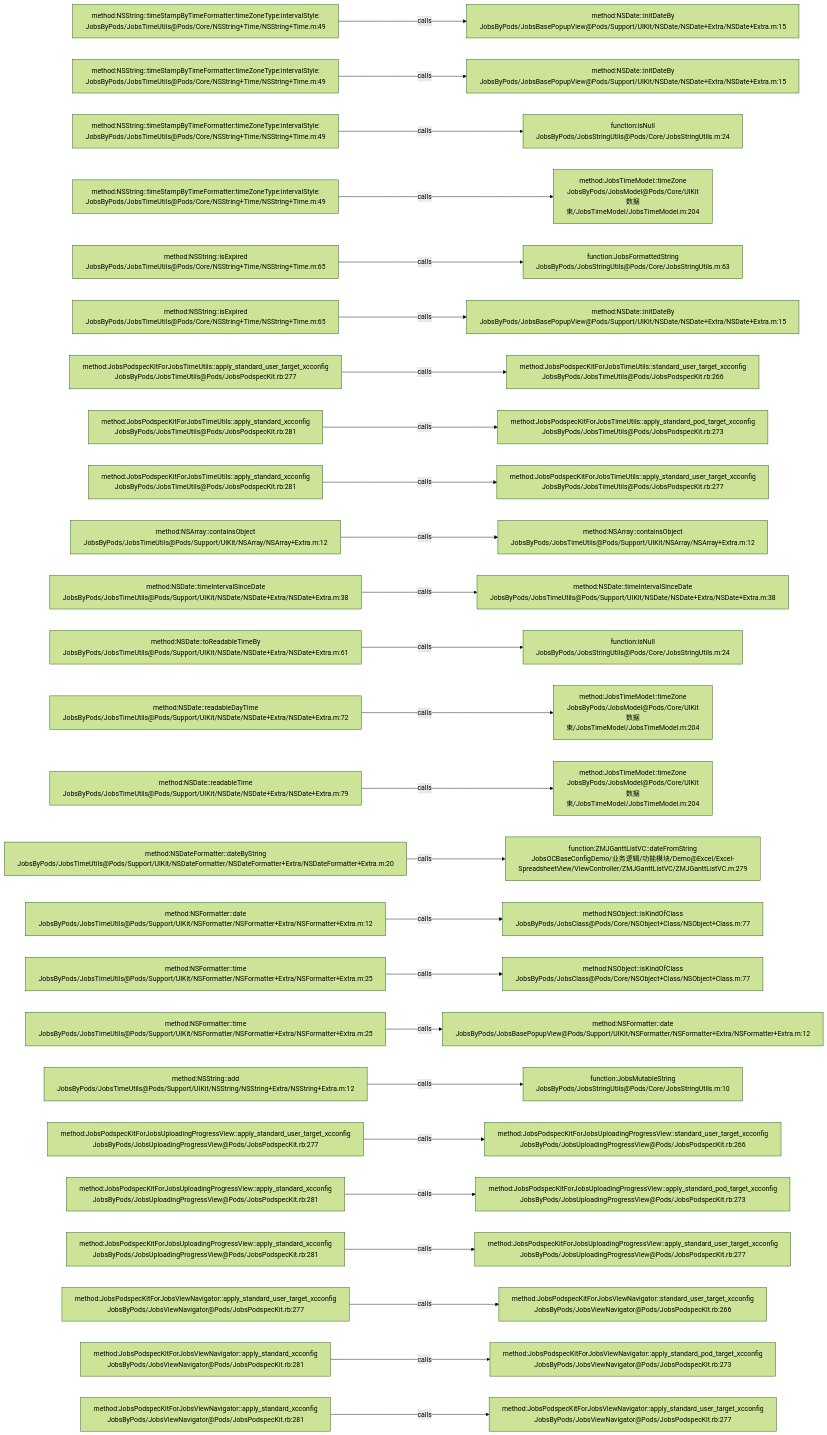
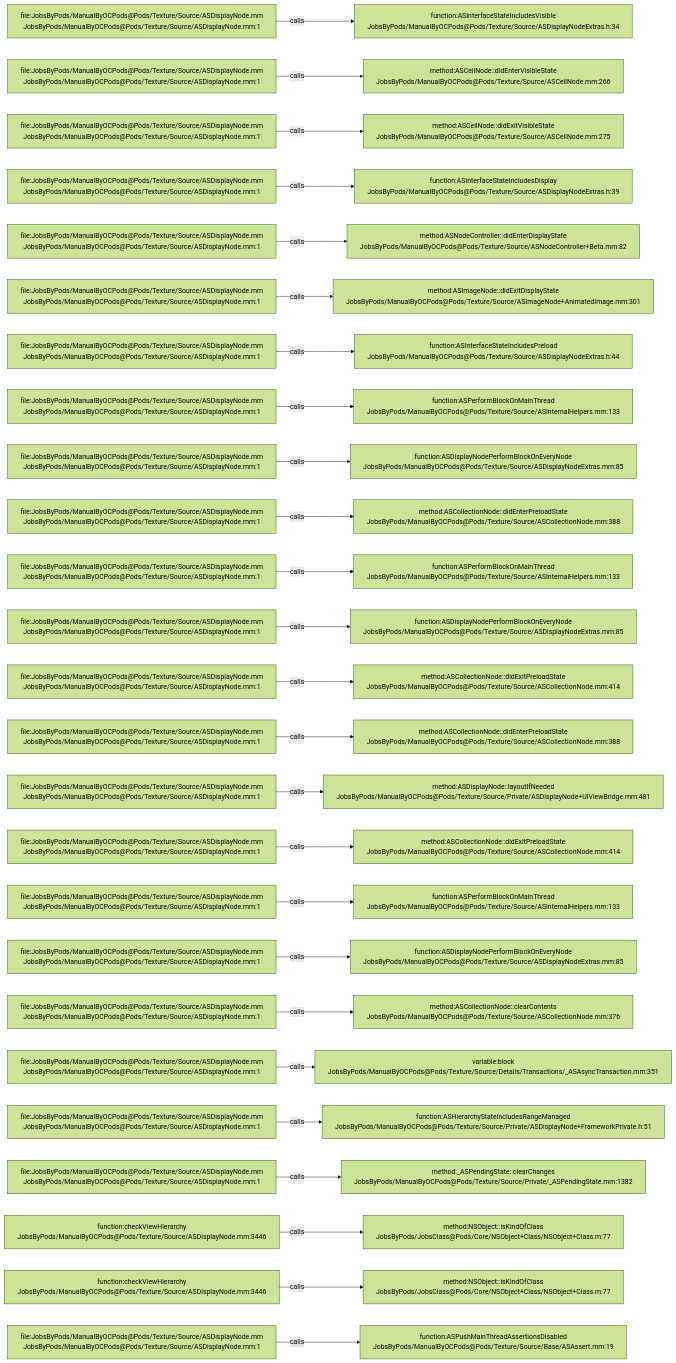
The diagram in .codegraph/codegraph.md/graphs/calls-111.md (JobsKits/JobsOCBaseConfigDemo), drawn with Mermaid (forest theme) before and after one commit. The commit also changed 2162 other files, not shown here.

````diff
--- a/.codegraph/codegraph.md/graphs/calls-111.md
+++ b/.codegraph/codegraph.md/graphs/calls-111.md
@@ -13,78 +13,78 @@
 ```mermaid
 flowchart LR
-  S1["method:NSString::timeStampByTimeFormatter:timeZoneType:intervalStyle:<br/>JobsByPods/JobsTimeUtils@Pods/Core/NSString+Time/NSString+Time.m:49"]
-  T1["method:NSDate::initDateBy<br/>JobsByPods/JobsBasePopupView@Pods/Support/UIKit/NSDate/NSDate+Extra/NSDate+Extra.m:15"]
+  S1["file:JobsByPods/ManualByOCPods@Pods/Texture/Source/ASDisplayNode.mm<br/>JobsByPods/ManualByOCPods@Pods/Texture/Source/ASDisplayNode.mm:1"]
+  T1["function:ASInterfaceStateIncludesVisible<br/>JobsByPods/ManualByOCPods@Pods/Texture/Source/ASDisplayNodeExtras.h:34"]
   S1 -->|calls| T1
-  S2["method:NSString::timeStampByTimeFormatter:timeZoneType:intervalStyle:<br/>JobsByPods/JobsTimeUtils@Pods/Core/NSString+Time/NSString+Time.m:49"]
-  T2["method:NSDate::initDateBy<br/>JobsByPods/JobsBasePopupView@Pods/Support/UIKit/NSDate/NSDate+Extra/NSDate+Extra.m:15"]
+  S2["file:JobsByPods/ManualByOCPods@Pods/Texture/Source/ASDisplayNode.mm<br/>JobsByPods/ManualByOCPods@Pods/Texture/Source/ASDisplayNode.mm:1"]
+  T2["method:ASCellNode::didEnterVisibleState<br/>JobsByPods/ManualByOCPods@Pods/Texture/Source/ASCellNode.mm:266"]
   S2 -->|calls| T2
-  S3["method:NSString::timeStampByTimeFormatter:timeZoneType:intervalStyle:<br/>JobsByPods/JobsTimeUtils@Pods/Core/NSString+Time/NSString+Time.m:49"]
-  T3["function:isNull<br/>JobsByPods/JobsStringUtils@Pods/Core/JobsStringUtils.m:24"]
+  S3["file:JobsByPods/ManualByOCPods@Pods/Texture/Source/ASDisplayNode.mm<br/>JobsByPods/ManualByOCPods@Pods/Texture/Source/ASDisplayNode.mm:1"]
+  T3["method:ASCellNode::didExitVisibleState<br/>JobsByPods/ManualByOCPods@Pods/Texture/Source/ASCellNode.mm:275"]
   S3 -->|calls| T3
-  S4["method:NSString::timeStampByTimeFormatter:timeZoneType:intervalStyle:<br/>JobsByPods/JobsTimeUtils@Pods/Core/NSString+Time/NSString+Time.m:49"]
-  T4["method:JobsTimeModel::timeZone<br/>JobsByPods/JobsModel@Pods/Core/UIKit数据束/JobsTimeModel/JobsTimeModel.m:204"]
+  S4["file:JobsByPods/ManualByOCPods@Pods/Texture/Source/ASDisplayNode.mm<br/>JobsByPods/ManualByOCPods@Pods/Texture/Source/ASDisplayNode.mm:1"]
+  T4["function:ASInterfaceStateIncludesDisplay<br/>JobsByPods/ManualByOCPods@Pods/Texture/Source/ASDisplayNodeExtras.h:39"]
   S4 -->|calls| T4
-  S5["method:NSString::isExpired<br/>JobsByPods/JobsTimeUtils@Pods/Core/NSString+Time/NSString+Time.m:65"]
-  T5["function:JobsFormattedString<br/>JobsByPods/JobsStringUtils@Pods/Core/JobsStringUtils.m:63"]
+  S5["file:JobsByPods/ManualByOCPods@Pods/Texture/Source/ASDisplayNode.mm<br/>JobsByPods/ManualByOCPods@Pods/Texture/Source/ASDisplayNode.mm:1"]
+  T5["method:ASNodeController::didEnterDisplayState<br/>JobsByPods/ManualByOCPods@Pods/Texture/Source/ASNodeController+Beta.mm:82"]
   S5 -->|calls| T5
-  S6["method:NSString::isExpired<br/>JobsByPods/JobsTimeUtils@Pods/Core/NSString+Time/NSString+Time.m:65"]
-  T6["method:NSDate::initDateBy<br/>JobsByPods/JobsBasePopupView@Pods/Support/UIKit/NSDate/NSDate+Extra/NSDate+Extra.m:15"]
+  S6["file:JobsByPods/ManualByOCPods@Pods/Texture/Source/ASDisplayNode.mm<br/>JobsByPods/ManualByOCPods@Pods/Texture/Source/ASDisplayNode.mm:1"]
+  T6["method:ASImageNode::didExitDisplayState<br/>JobsByPods/ManualByOCPods@Pods/Texture/Source/ASImageNode+AnimatedImage.mm:301"]
   S6 -->|calls| T6
-  S7["method:JobsPodspecKitForJobsTimeUtils::apply_standard_user_target_xcconfig<br/>JobsByPods/JobsTimeUtils@Pods/JobsPodspecKit.rb:277"]
-  T7["method:JobsPodspecKitForJobsTimeUtils::standard_user_target_xcconfig<br/>JobsByPods/JobsTimeUtils@Pods/JobsPodspecKit.rb:266"]
+  S7["file:JobsByPods/ManualByOCPods@Pods/Texture/Source/ASDisplayNode.mm<br/>JobsByPods/ManualByOCPods@Pods/Texture/Source/ASDisplayNode.mm:1"]
+  T7["function:ASInterfaceStateIncludesPreload<br/>JobsByPods/ManualByOCPods@Pods/Texture/Source/ASDisplayNodeExtras.h:44"]
   S7 -->|calls| T7
-  S8["method:JobsPodspecKitForJobsTimeUtils::apply_standard_xcconfig<br/>JobsByPods/JobsTimeUtils@Pods/JobsPodspecKit.rb:281"]
-  T8["method:JobsPodspecKitForJobsTimeUtils::apply_standard_pod_target_xcconfig<br/>JobsByPods/JobsTimeUtils@Pods/JobsPodspecKit.rb:273"]
+  S8["file:JobsByPods/ManualByOCPods@Pods/Texture/Source/ASDisplayNode.mm<br/>JobsByPods/ManualByOCPods@Pods/Texture/Source/ASDisplayNode.mm:1"]
+  T8["function:ASPerformBlockOnMainThread<br/>JobsByPods/ManualByOCPods@Pods/Texture/Source/ASInternalHelpers.mm:133"]
   S8 -->|calls| T8
-  S9["method:JobsPodspecKitForJobsTimeUtils::apply_standard_xcconfig<br/>JobsByPods/JobsTimeUtils@Pods/JobsPodspecKit.rb:281"]
-  T9["method:JobsPodspecKitForJobsTimeUtils::apply_standard_user_target_xcconfig<br/>JobsByPods/JobsTimeUtils@Pods/JobsPodspecKit.rb:277"]
+  S9["file:JobsByPods/ManualByOCPods@Pods/Texture/Source/ASDisplayNode.mm<br/>JobsByPods/ManualByOCPods@Pods/Texture/Source/ASDisplayNode.mm:1"]
+  T9["function:ASDisplayNodePerformBlockOnEveryNode<br/>JobsByPods/ManualByOCPods@Pods/Texture/Source/ASDisplayNodeExtras.mm:85"]
   S9 -->|calls| T9
-  S10["method:NSArray::containsObject<br/>JobsByPods/JobsTimeUtils@Pods/Support/UIKit/NSArray/NSArray+Extra.m:12"]
-  T10["method:NSArray::containsObject<br/>JobsByPods/JobsTimeUtils@Pods/Support/UIKit/NSArray/NSArray+Extra.m:12"]
+  S10["file:JobsByPods/ManualByOCPods@Pods/Texture/Source/ASDisplayNode.mm<br/>JobsByPods/ManualByOCPods@Pods/Texture/Source/ASDisplayNode.mm:1"]
+  T10["method:ASCollectionNode::didEnterPreloadState<br/>JobsByPods/ManualByOCPods@Pods/Texture/Source/ASCollectionNode.mm:388"]
   S10 -->|calls| T10
-  S11["method:NSDate::timeIntervalSinceDate<br/>JobsByPods/JobsTimeUtils@Pods/Support/UIKit/NSDate/NSDate+Extra/NSDate+Extra.m:38"]
-  T11["method:NSDate::timeIntervalSinceDate<br/>JobsByPods/JobsTimeUtils@Pods/Support/UIKit/NSDate/NSDate+Extra/NSDate+Extra.m:38"]
+  S11["file:JobsByPods/ManualByOCPods@Pods/Texture/Source/ASDisplayNode.mm<br/>JobsByPods/ManualByOCPods@Pods/Texture/Source/ASDisplayNode.mm:1"]
+  T11["function:ASPerformBlockOnMainThread<br/>JobsByPods/ManualByOCPods@Pods/Texture/Source/ASInternalHelpers.mm:133"]
   S11 -->|calls| T11
-  S12["method:NSDate::toReadableTimeBy<br/>JobsByPods/JobsTimeUtils@Pods/Support/UIKit/NSDate/NSDate+Extra/NSDate+Extra.m:61"]
-  T12["function:isNull<br/>JobsByPods/JobsStringUtils@Pods/Core/JobsStringUtils.m:24"]
+  S12["file:JobsByPods/ManualByOCPods@Pods/Texture/Source/ASDisplayNode.mm<br/>JobsByPods/ManualByOCPods@Pods/Texture/Source/ASDisplayNode.mm:1"]
+  T12["function:ASDisplayNodePerformBlockOnEveryNode<br/>JobsByPods/ManualByOCPods@Pods/Texture/Source/ASDisplayNodeExtras.mm:85"]
   S12 -->|calls| T12
-  S13["method:NSDate::readableDayTime<br/>JobsByPods/JobsTimeUtils@Pods/Support/UIKit/NSDate/NSDate+Extra/NSDate+Extra.m:72"]
-  T13["method:JobsTimeModel::timeZone<br/>JobsByPods/JobsModel@Pods/Core/UIKit数据束/JobsTimeModel/JobsTimeModel.m:204"]
+  S13["file:JobsByPods/ManualByOCPods@Pods/Texture/Source/ASDisplayNode.mm<br/>JobsByPods/ManualByOCPods@Pods/Texture/Source/ASDisplayNode.mm:1"]
+  T13["method:ASCollectionNode::didExitPreloadState<br/>JobsByPods/ManualByOCPods@Pods/Texture/Source/ASCollectionNode.mm:414"]
   S13 -->|calls| T13
-  S14["method:NSDate::readableTime<br/>JobsByPods/JobsTimeUtils@Pods/Support/UIKit/NSDate/NSDate+Extra/NSDate+Extra.m:79"]
-  T14["method:JobsTimeModel::timeZone<br/>JobsByPods/JobsModel@Pods/Core/UIKit数据束/JobsTimeModel/JobsTimeModel.m:204"]
+  S14["file:JobsByPods/ManualByOCPods@Pods/Texture/Source/ASDisplayNode.mm<br/>JobsByPods/ManualByOCPods@Pods/Texture/Source/ASDisplayNode.mm:1"]
+  T14["method:ASCollectionNode::didEnterPreloadState<br/>JobsByPods/ManualByOCPods@Pods/Texture/Source/ASCollectionNode.mm:388"]
   S14 -->|calls| T14
-  S15["method:NSDateFormatter::dateByString<br/>JobsByPods/JobsTimeUtils@Pods/Support/UIKit/NSDateFormatter/NSDateFormatter+Extra/NSDateFormatter+Extra.m:20"]
-  T15["function:ZMJGanttListVC::dateFromString<br/>JobsOCBaseConfigDemo/业务逻辑/功能模块/Demo@Excel/Excel-SpreadsheetView/ViewController/ZMJGanttListVC/ZMJGanttListVC.m:279"]
+  S15["file:JobsByPods/ManualByOCPods@Pods/Texture/Source/ASDisplayNode.mm<br/>JobsByPods/ManualByOCPods@Pods/Texture/Source/ASDisplayNode.mm:1"]
+  T15["method:ASDisplayNode::layoutIfNeeded<br/>JobsByPods/ManualByOCPods@Pods/Texture/Source/Private/ASDisplayNode+UIViewBridge.mm:481"]
   S15 -->|calls| T15
-  S16["method:NSFormatter::date<br/>JobsByPods/JobsTimeUtils@Pods/Support/UIKit/NSFormatter/NSFormatter+Extra/NSFormatter+Extra.m:12"]
-  T16["method:NSObject::isKindOfClass<br/>JobsByPods/JobsClass@Pods/Core/NSObject+Class/NSObject+Class.m:77"]
+  S16["file:JobsByPods/ManualByOCPods@Pods/Texture/Source/ASDisplayNode.mm<br/>JobsByPods/ManualByOCPods@Pods/Texture/Source/ASDisplayNode.mm:1"]
+  T16["method:ASCollectionNode::didExitPreloadState<br/>JobsByPods/ManualByOCPods@Pods/Texture/Source/ASCollectionNode.mm:414"]
   S16 -->|calls| T16
-  S17["method:NSFormatter::time<br/>JobsByPods/JobsTimeUtils@Pods/Support/UIKit/NSFormatter/NSFormatter+Extra/NSFormatter+Extra.m:25"]
-  T17["method:NSObject::isKindOfClass<br/>JobsByPods/JobsClass@Pods/Core/NSObject+Class/NSObject+Class.m:77"]
+  S17["file:JobsByPods/ManualByOCPods@Pods/Texture/Source/ASDisplayNode.mm<br/>JobsByPods/ManualByOCPods@Pods/Texture/Source/ASDisplayNode.mm:1"]
+  T17["function:ASPerformBlockOnMainThread<br/>JobsByPods/ManualByOCPods@Pods/Texture/Source/ASInternalHelpers.mm:133"]
   S17 -->|calls| T17
-  S18["method:NSFormatter::time<br/>JobsByPods/JobsTimeUtils@Pods/Support/UIKit/NSFormatter/NSFormatter+Extra/NSFormatter+Extra.m:25"]
-  T18["method:NSFormatter::date<br/>JobsByPods/JobsBasePopupView@Pods/Support/UIKit/NSFormatter/NSFormatter+Extra/NSFormatter+Extra.m:12"]
+  S18["file:JobsByPods/ManualByOCPods@Pods/Texture/Source/ASDisplayNode.mm<br/>JobsByPods/ManualByOCPods@Pods/Texture/Source/ASDisplayNode.mm:1"]
+  T18["function:ASDisplayNodePerformBlockOnEveryNode<br/>JobsByPods/ManualByOCPods@Pods/Texture/Source/ASDisplayNodeExtras.mm:85"]
   S18 -->|calls| T18
-  S19["method:NSString::add<br/>JobsByPods/JobsTimeUtils@Pods/Support/UIKit/NSString/NSString+Extra/NSString+Extra.m:12"]
-  T19["function:JobsMutableString<br/>JobsByPods/JobsStringUtils@Pods/Core/JobsStringUtils.m:10"]
+  S19["file:JobsByPods/ManualByOCPods@Pods/Texture/Source/ASDisplayNode.mm<br/>JobsByPods/ManualByOCPods@Pods/Texture/Source/ASDisplayNode.mm:1"]
+  T19["method:ASCollectionNode::clearContents<br/>JobsByPods/ManualByOCPods@Pods/Texture/Source/ASCollectionNode.mm:376"]
   S19 -->|calls| T19
-  S20["method:JobsPodspecKitForJobsUploadingProgressView::apply_standard_user_target_xcconfig<br/>JobsByPods/JobsUploadingProgressView@Pods/JobsPodspecKit.rb:277"]
-  T20["method:JobsPodspecKitForJobsUploadingProgressView::standard_user_target_xcconfig<br/>JobsByPods/JobsUploadingProgressView@Pods/JobsPodspecKit.rb:266"]
+  S20["file:JobsByPods/ManualByOCPods@Pods/Texture/Source/ASDisplayNode.mm<br/>JobsByPods/ManualByOCPods@Pods/Texture/Source/ASDisplayNode.mm:1"]
+  T20["variable:block<br/>JobsByPods/ManualByOCPods@Pods/Texture/Source/Details/Transactions/_ASAsyncTransaction.mm:351"]
   S20 -->|calls| T20
-  S21["method:JobsPodspecKitForJobsUploadingProgressView::apply_standard_xcconfig<br/>JobsByPods/JobsUploadingProgressView@Pods/JobsPodspecKit.rb:281"]
-  T21["method:JobsPodspecKitForJobsUploadingProgressView::apply_standard_pod_target_xcconfig<br/>JobsByPods/JobsUploadingProgressView@Pods/JobsPodspecKit.rb:273"]
+  S21["file:JobsByPods/ManualByOCPods@Pods/Texture/Source/ASDisplayNode.mm<br/>JobsByPods/ManualByOCPods@Pods/Texture/Source/ASDisplayNode.mm:1"]
+  T21["function:ASHierarchyStateIncludesRangeManaged<br/>JobsByPods/ManualByOCPods@Pods/Texture/Source/Private/ASDisplayNode+FrameworkPrivate.h:51"]
   S21 -->|calls| T21
-  S22["method:JobsPodspecKitForJobsUploadingProgressView::apply_standard_xcconfig<br/>JobsByPods/JobsUploadingProgressView@Pods/JobsPodspecKit.rb:281"]
-  T22["method:JobsPodspecKitForJobsUploadingProgressView::apply_standard_user_target_xcconfig<br/>JobsByPods/JobsUploadingProgressView@Pods/JobsPodspecKit.rb:277"]
+  S22["file:JobsByPods/ManualByOCPods@Pods/Texture/Source/ASDisplayNode.mm<br/>JobsByPods/ManualByOCPods@Pods/Texture/Source/ASDisplayNode.mm:1"]
+  T22["method:_ASPendingState::clearChanges<br/>JobsByPods/ManualByOCPods@Pods/Texture/Source/Private/_ASPendingState.mm:1382"]
   S22 -->|calls| T22
-  S23["method:JobsPodspecKitForJobsViewNavigator::apply_standard_user_target_xcconfig<br/>JobsByPods/JobsViewNavigator@Pods/JobsPodspecKit.rb:277"]
-  T23["method:JobsPodspecKitForJobsViewNavigator::standard_user_target_xcconfig<br/>JobsByPods/JobsViewNavigator@Pods/JobsPodspecKit.rb:266"]
+  S23["function:checkViewHierarchy<br/>JobsByPods/ManualByOCPods@Pods/Texture/Source/ASDisplayNode.mm:3446"]
+  T23["method:NSObject::isKindOfClass<br/>JobsByPods/JobsClass@Pods/Core/NSObject+Class/NSObject+Class.m:77"]
   S23 -->|calls| T23
-  S24["method:JobsPodspecKitForJobsViewNavigator::apply_standard_xcconfig<br/>JobsByPods/JobsViewNavigator@Pods/JobsPodspecKit.rb:281"]
-  T24["method:JobsPodspecKitForJobsViewNavigator::apply_standard_pod_target_xcconfig<br/>JobsByPods/JobsViewNavigator@Pods/JobsPodspecKit.rb:273"]
+  S24["function:checkViewHierarchy<br/>JobsByPods/ManualByOCPods@Pods/Texture/Source/ASDisplayNode.mm:3446"]
+  T24["method:NSObject::isKindOfClass<br/>JobsByPods/JobsClass@Pods/Core/NSObject+Class/NSObject+Class.m:77"]
   S24 -->|calls| T24
-  S25["method:JobsPodspecKitForJobsViewNavigator::apply_standard_xcconfig<br/>JobsByPods/JobsViewNavigator@Pods/JobsPodspecKit.rb:281"]
-  T25["method:JobsPodspecKitForJobsViewNavigator::apply_standard_user_target_xcconfig<br/>JobsByPods/JobsViewNavigator@Pods/JobsPodspecKit.rb:277"]
+  S25["file:JobsByPods/ManualByOCPods@Pods/Texture/Source/ASDisplayNode.mm<br/>JobsByPods/ManualByOCPods@Pods/Texture/Source/ASDisplayNode.mm:1"]
+  T25["function:ASPushMainThreadAssertionsDisabled<br/>JobsByPods/ManualByOCPods@Pods/Texture/Source/Base/ASAssert.mm:19"]
   S25 -->|calls| T25
 ```
````
